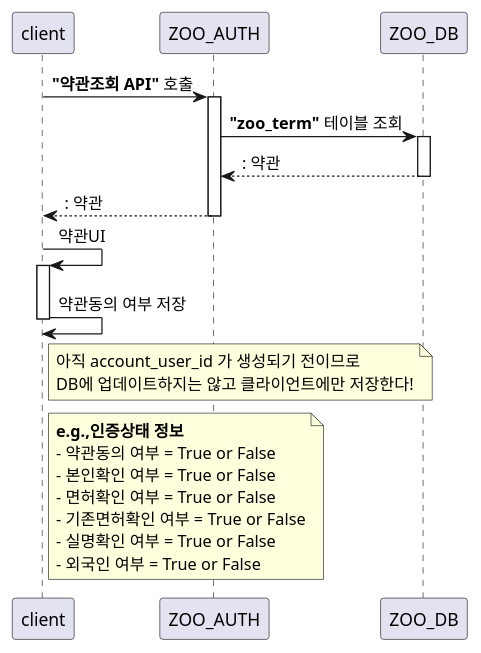
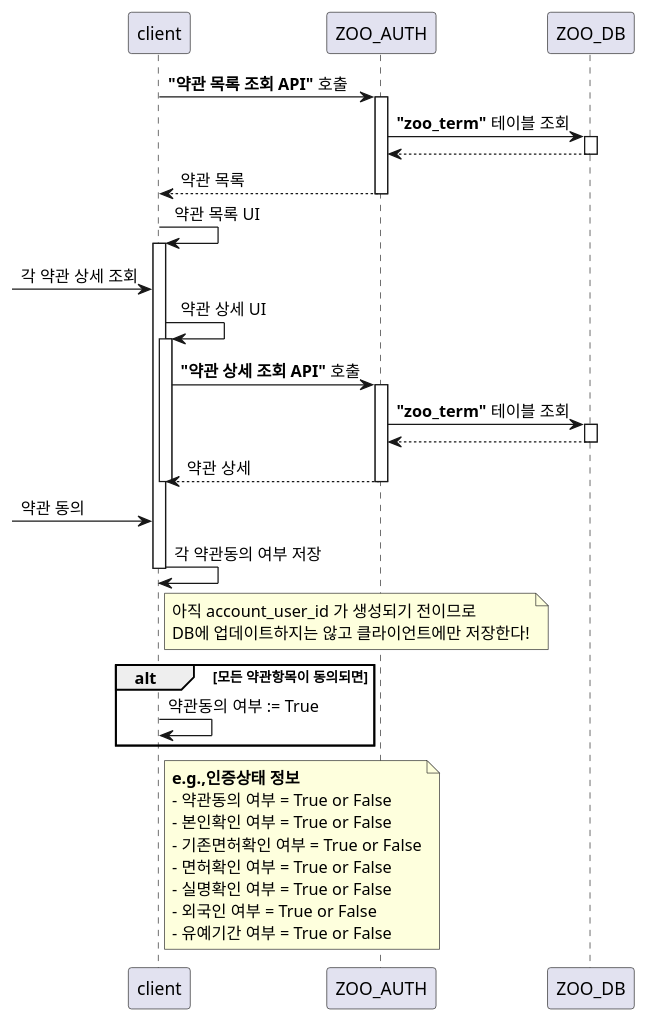
One commit to junhoo-barogo/junhoo-barogo.github.io changed the diagram in uml/rider_certify/agreement.puml. Above: the diagram before and after it, drawn with PlantUML. The commit also changed 32 other files, not shown here.

```diff
--- a/uml/rider_certify/agreement.puml
+++ b/uml/rider_certify/agreement.puml
@@ -1,23 +1,39 @@
 
-client -> ZOO_AUTH++ : **"약관조회 API"** 호출
+client -> ZOO_AUTH++ : **"약관 목록 조회 API"** 호출
 ZOO_AUTH -> ZOO_DB++ : **"zoo_term"** 테이블 조회
-return : 약관
-return : 약관
-client -> client++ : 약관UI
-client -> client : 약관동의 여부 저장
-deactivate 
+return
+return 약관 목록
+
+client -> client++ : 약관 목록 UI
+
+[-> client : 각 약관 상세 조회
+client -> client++ : 약관 상세 UI
+client -> ZOO_AUTH++ : **"약관 상세 조회 API"** 호출
+ZOO_AUTH -> ZOO_DB++ : **"zoo_term"** 테이블 조회
+return
+return 약관 상세
+deactivate client
+
+[-> client : 약관 동의
+client -> client : 각 약관동의 여부 저장
+deactivate client
 
 note right of client
     아직 account_user_id 가 생성되기 전이므로 
     DB에 업데이트하지는 않고 클라이언트에만 저장한다!
 end note
 
+alt 모든 약관항목이 동의되면
+    client -> client : 약관동의 여부 := True
+end
+
 note right of client
     **e.g.,인증상태 정보**
     - 약관동의 여부 = True or False
     - 본인확인 여부 = True or False
+    - 기존면허확인 여부 = True or False
     - 면허확인 여부 = True or False
-    - 기존면허확인 여부 = True or False
     - 실명확인 여부 = True or False
     - 외국인 여부 = True or False
+    - 유예기간 여부 = True or False
 end note
```
